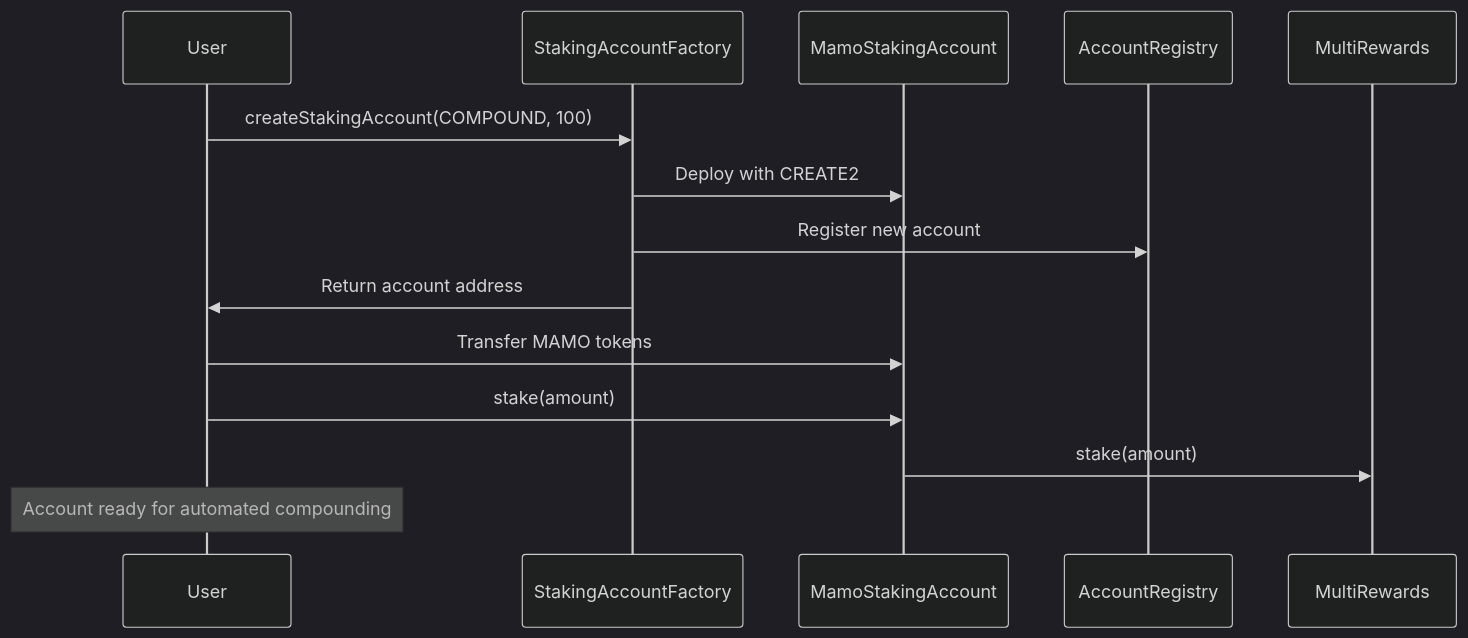
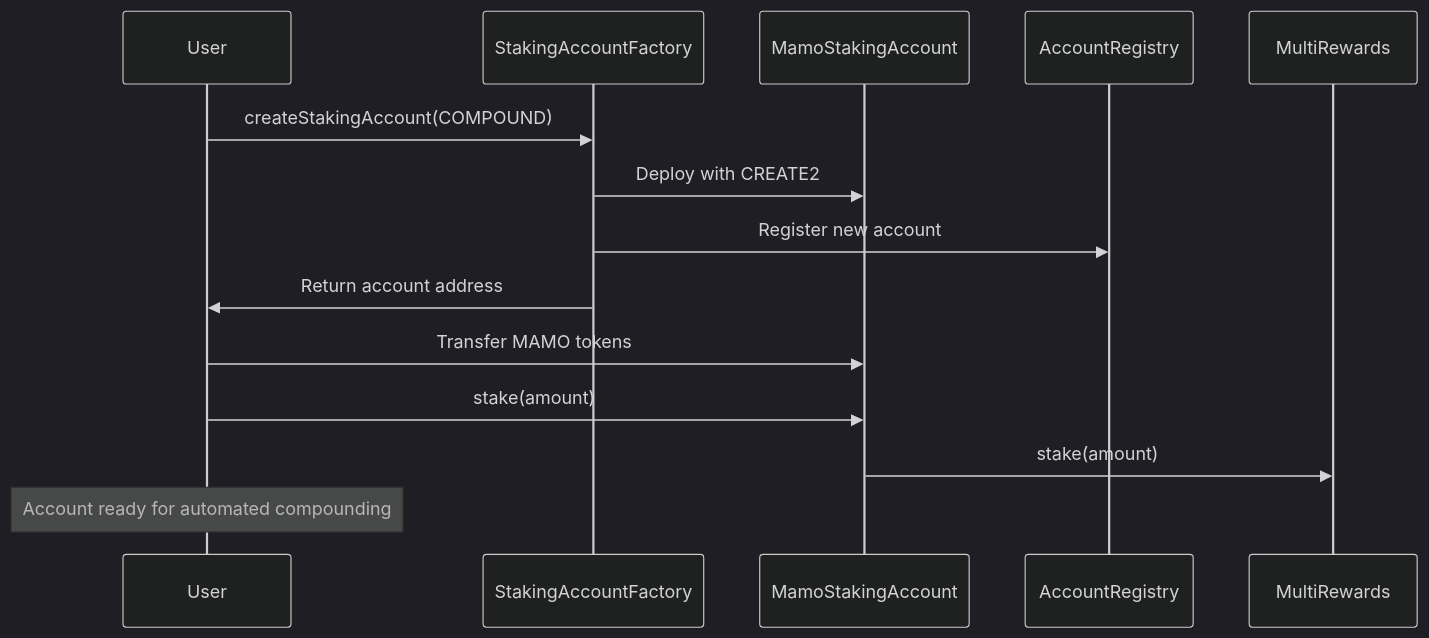
The fourth of 5 diagrams in docs/MAMO_STAKING_ARCHITECTURE.md (moonwell-fi/mamo-contracts), drawn with Mermaid (dark theme) before and after one commit. The commit also changed other lines of this file, not shown here.

Commit message:
update architecture

````diff
--- a/docs/MAMO_STAKING_ARCHITECTURE.md
+++ b/docs/MAMO_STAKING_ARCHITECTURE.md
@@ -538,19 +604,19 @@
 ```mermaid
 sequenceDiagram
     participant User as User
     participant Factory as StakingAccountFactory
     participant StakingAccount as MamoStakingAccount
     participant Registry as AccountRegistry
     participant MultiRewards as MultiRewards
 
-    User->>Factory: createStakingAccount(COMPOUND, 100)
+    User->>Factory: createStakingAccount(COMPOUND)
     Factory->>StakingAccount: Deploy with CREATE2
     Factory->>Registry: Register new account
     Factory->>User: Return account address
     
     User->>StakingAccount: Transfer MAMO tokens
     User->>StakingAccount: stake(amount)
     StakingAccount->>MultiRewards: stake(amount)
     
     Note over User: Account ready for automated compounding
 ```
````
